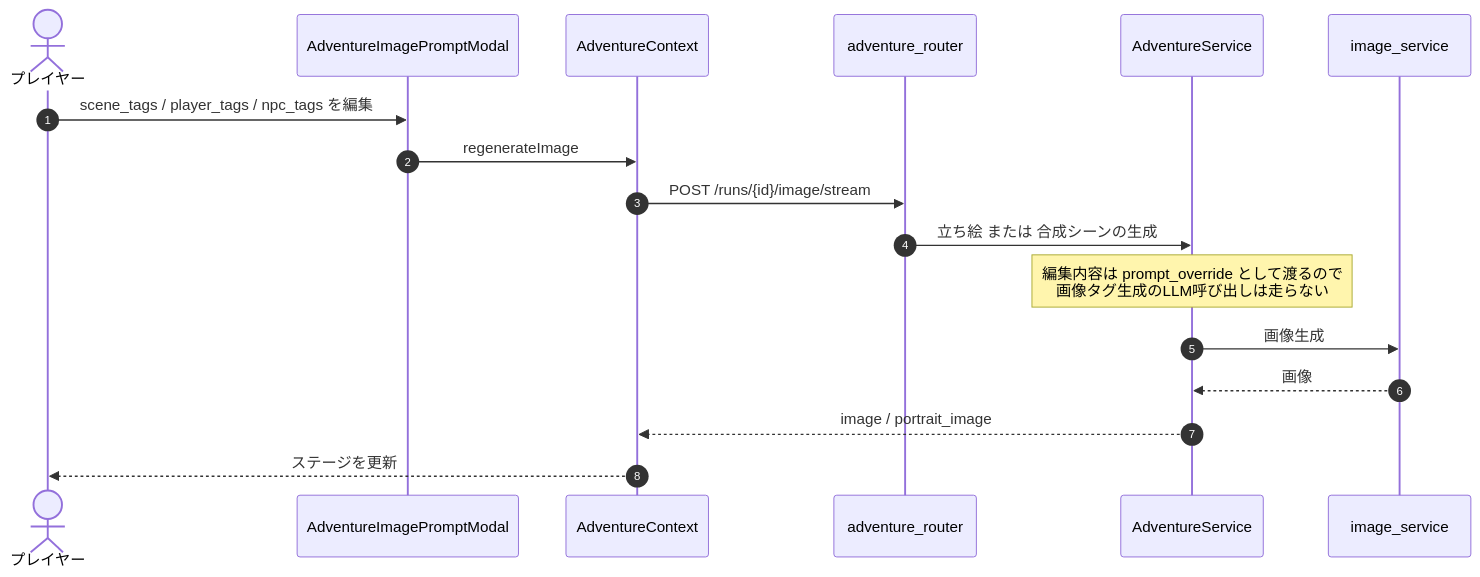
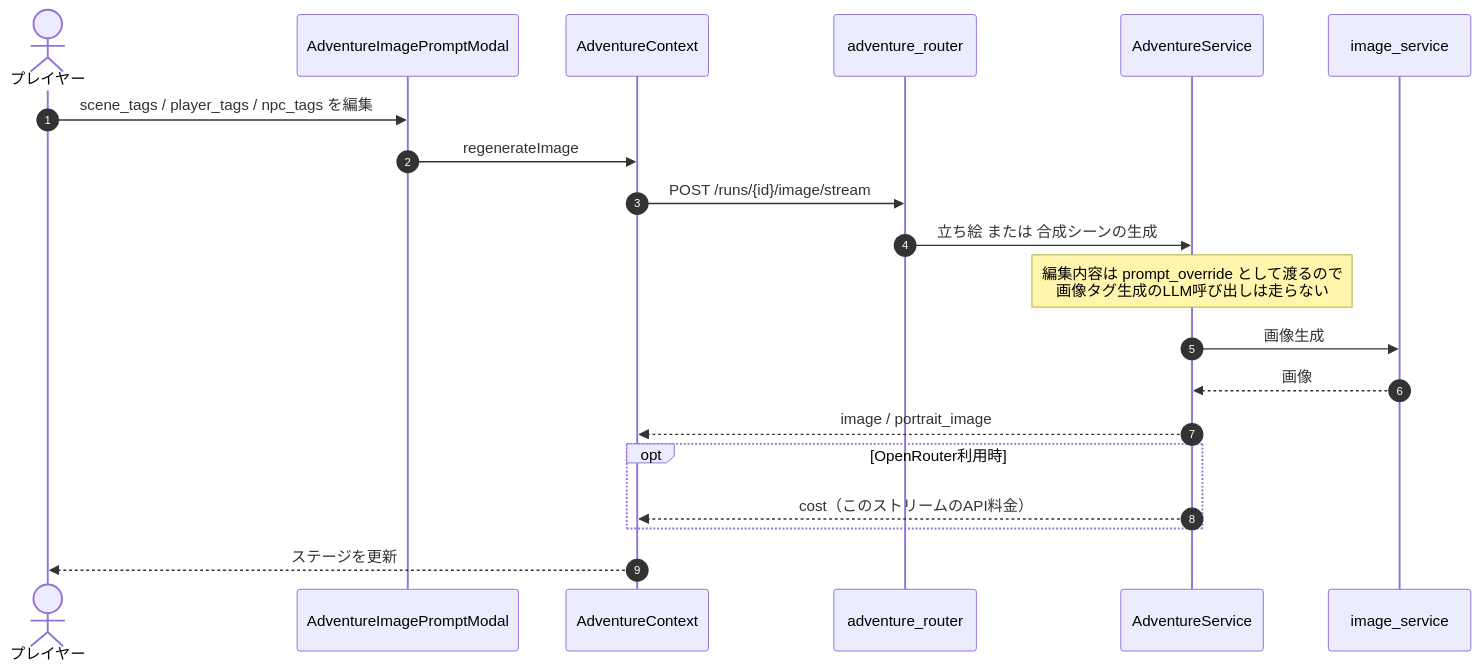
One commit to grind-hash/tsf_closet changed the fifth of 5 diagrams in docs/adventure-flow.md. Above: the diagram before and after it, drawn with Mermaid. The commit also changed other lines of this file and 14 other files, not shown here.

````diff
--- a/docs/adventure-flow.md
+++ b/docs/adventure-flow.md
@@ -273,20 +289,23 @@
 ```mermaid
 sequenceDiagram
     autonumber
     actor U as プレイヤー
     participant M as AdventureImagePromptModal
     participant C as AdventureContext
     participant R as adventure_router
     participant SV as AdventureService
     participant I as image_service
 
     U->>M: scene_tags / player_tags / npc_tags を編集
     M->>C: regenerateImage
     C->>R: POST /runs/{id}/image/stream
     R->>SV: 立ち絵 または 合成シーンの生成
     Note over SV: 編集内容は prompt_override として渡るので<br/>画像タグ生成のLLM呼び出しは走らない
     SV->>I: 画像生成
     I-->>SV: 画像
     SV-->>C: image / portrait_image
+    opt OpenRouter利用時
+        SV-->>C: cost（このストリームのAPI料金）
+    end
     C-->>U: ステージを更新
 ```
````
